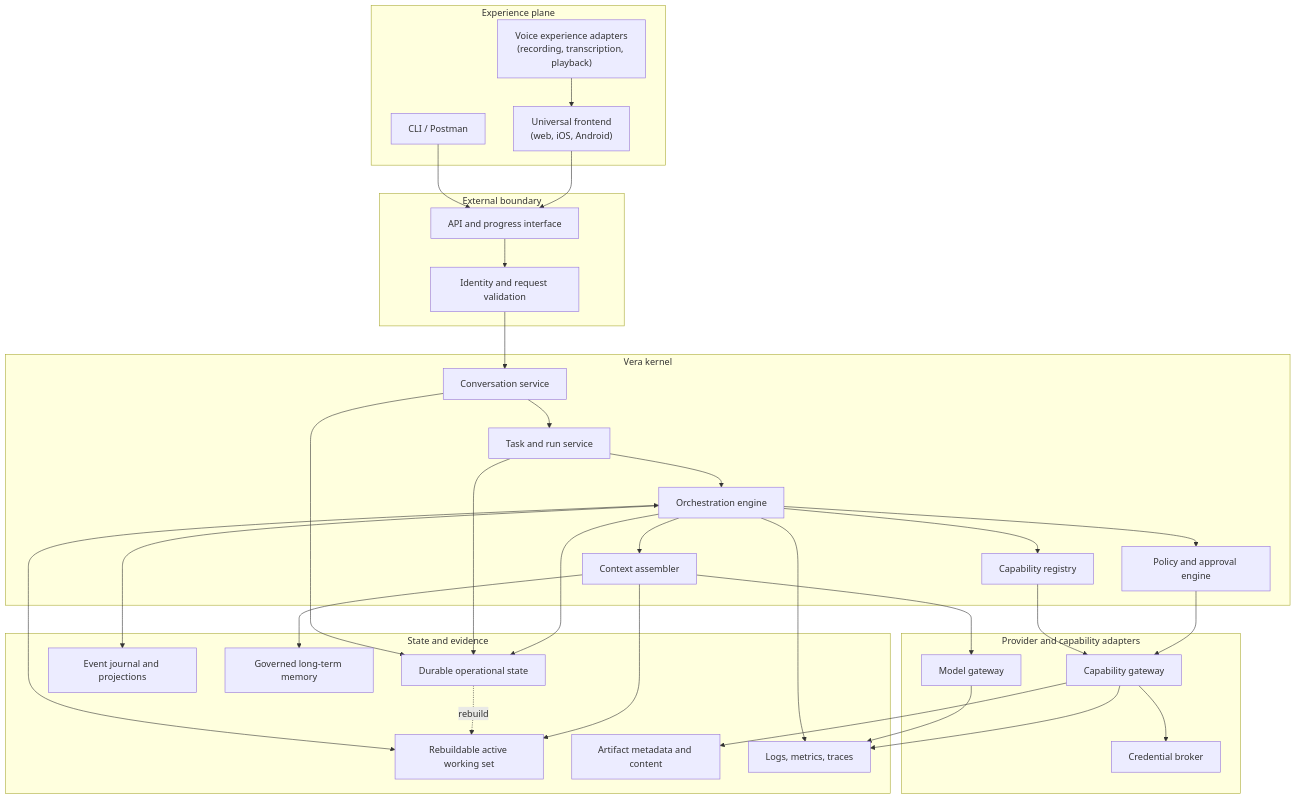
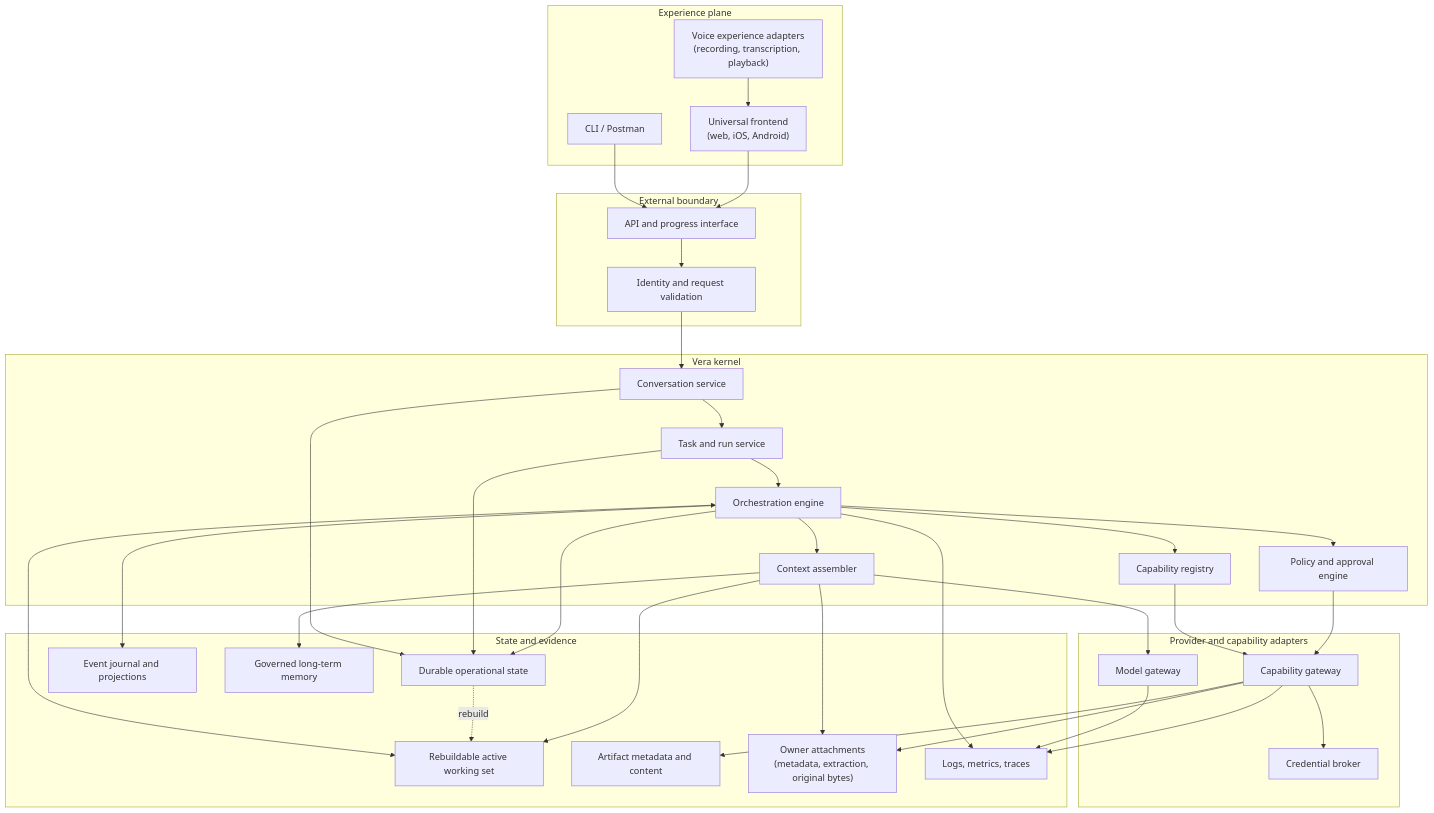
Before and after one commit to 4romgod/vera: the second of 14 diagrams in docs/system-architecture.md, drawn with Mermaid. The commit also changed other lines of this file and 72 other files, not shown here.

````diff
--- a/docs/system-architecture.md
+++ b/docs/system-architecture.md
@@ -80,63 +82,66 @@
 ```mermaid
 flowchart TB
     subgraph Experience["Experience plane"]
         CLI["CLI / Postman"]
         FRONTEND["Universal frontend<br/>(web, iOS, Android)"]
         VOICE["Voice experience adapters<br/>(recording, transcription, playback)"]
     end
 
     subgraph Boundary["External boundary"]
         API["API and progress interface"]
         ID["Identity and request validation"]
     end
 
     subgraph Kernel["Vera kernel"]
         CONV["Conversation service"]
         TASK["Task and run service"]
         ORCH["Orchestration engine"]
         POLICY["Policy and approval engine"]
         REG["Capability registry"]
         CONTEXT["Context assembler"]
     end
 
     subgraph Adapters["Provider and capability adapters"]
         MODEL["Model gateway"]
         CAP["Capability gateway"]
         CREDS["Credential broker"]
     end
 
     subgraph State["State and evidence"]
         OPS["Durable operational state"]
         WORK["Rebuildable active working set"]
         EVENTS["Event journal and projections"]
         MEMORY["Governed long-term memory"]
         ART["Artifact metadata and content"]
+        DOC["Owner attachments<br/>(metadata, extraction, original bytes)"]
         OBS["Logs, metrics, traces"]
     end
 
     CLI --> API
     FRONTEND --> API
     VOICE --> FRONTEND
     API --> ID --> CONV
     CONV --> TASK --> ORCH
     ORCH --> CONTEXT
     ORCH --> POLICY
     ORCH --> REG
     CONTEXT --> MODEL
     REG --> CAP
     POLICY --> CAP
     CAP --> CREDS
 
     CONV --> OPS
     TASK --> OPS
     ORCH --> OPS
     ORCH <--> WORK
     OPS -. "rebuild" .-> WORK
     ORCH --> EVENTS
     CONTEXT --> WORK
     CONTEXT --> MEMORY
+    CONTEXT --> DOC
     CAP --> ART
+    CAP --> DOC
     ORCH --> OBS
     MODEL --> OBS
     CAP --> OBS
 ```
````
